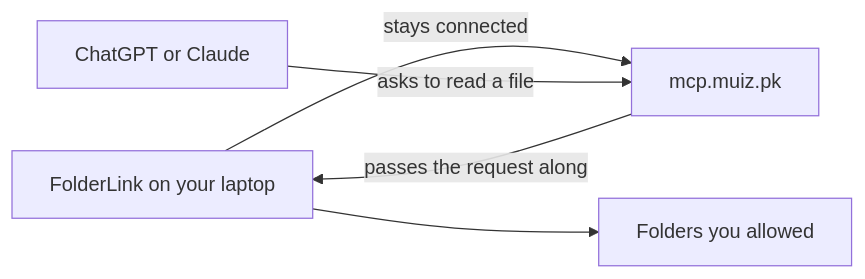
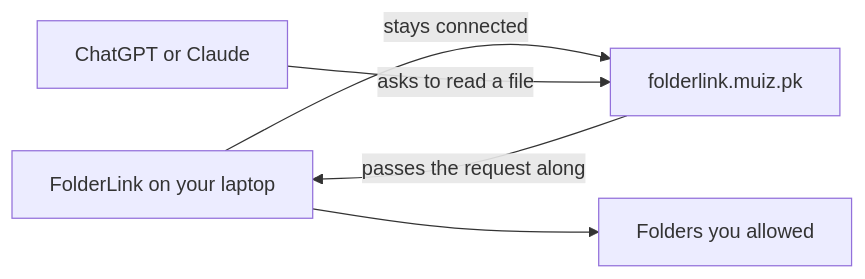
The diagram in README.md (mmuizahmed/folderlink), drawn with Mermaid before and after one commit. The commit also changed other lines of this file and 22 other files, not shown here.

First line of the commit message:
feat: serve the product on folderlink.muiz.pk

````diff
--- a/README.md
+++ b/README.md
@@ -41,11 +41,11 @@
 ```mermaid
 flowchart LR
   laptop[FolderLink on your laptop]
-  cloud[mcp.muiz.pk]
+  cloud[folderlink.muiz.pk]
   agent[ChatGPT or Claude]
   folders[Folders you allowed]
   laptop -->|stays connected| cloud
   agent -->|asks to read a file| cloud
   cloud -->|passes the request along| laptop
   laptop --> folders
 ```
````
